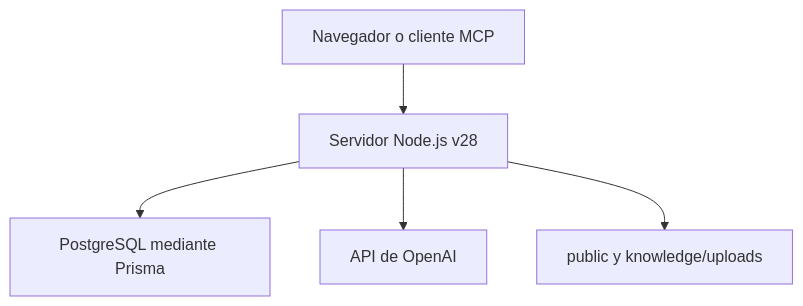
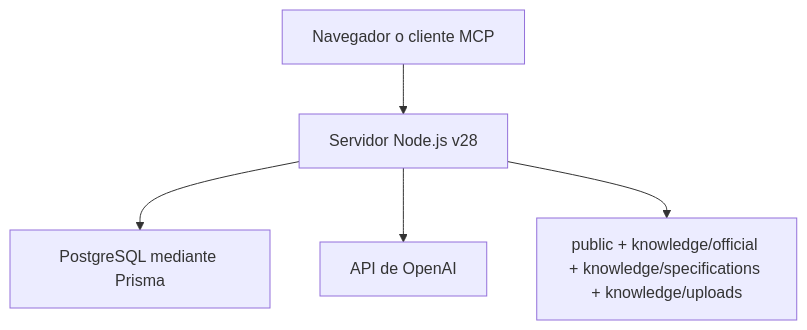
Before and after one commit to lcchalan/app-creacion-asignaturas: the diagram in README.md, drawn with Mermaid. The commit also changed other lines of this file and 26 other files, not shown here.

````diff
--- a/README.md
+++ b/README.md
@@ -28,7 +28,7 @@
 ```mermaid
 flowchart TD
     U["Navegador o cliente MCP"] --> A["Servidor Node.js v28"]
     A --> P["PostgreSQL mediante Prisma"]
     A --> O["API de OpenAI"]
-    A --> F["public y knowledge/uploads"]
+    A --> F["public + knowledge/official + knowledge/specifications + knowledge/uploads"]
 ```
````
